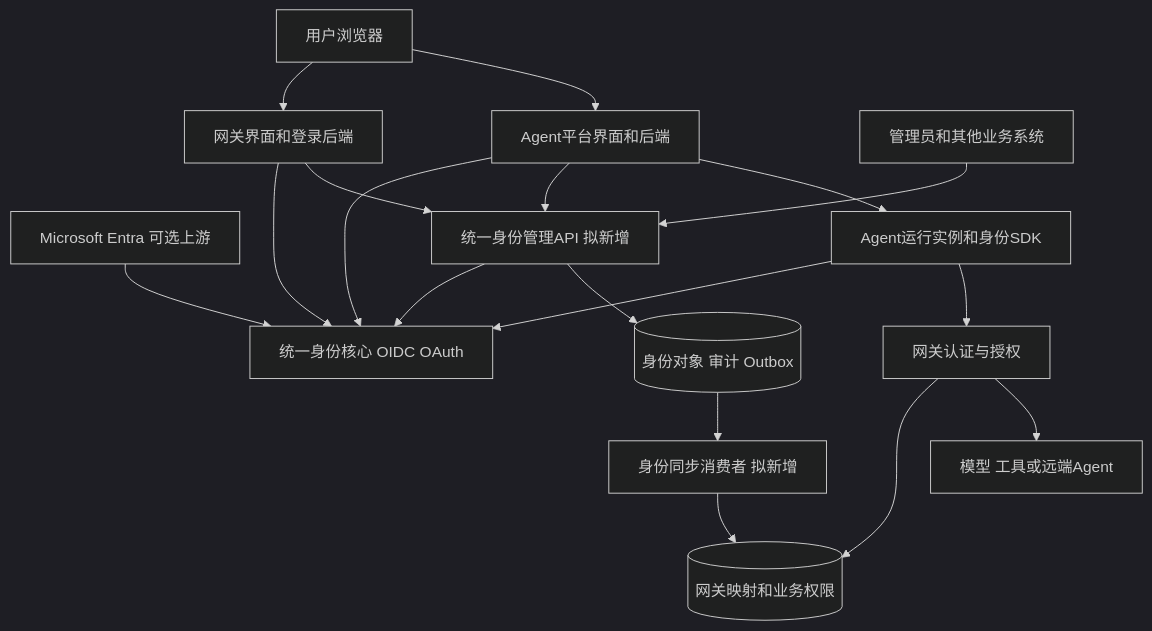
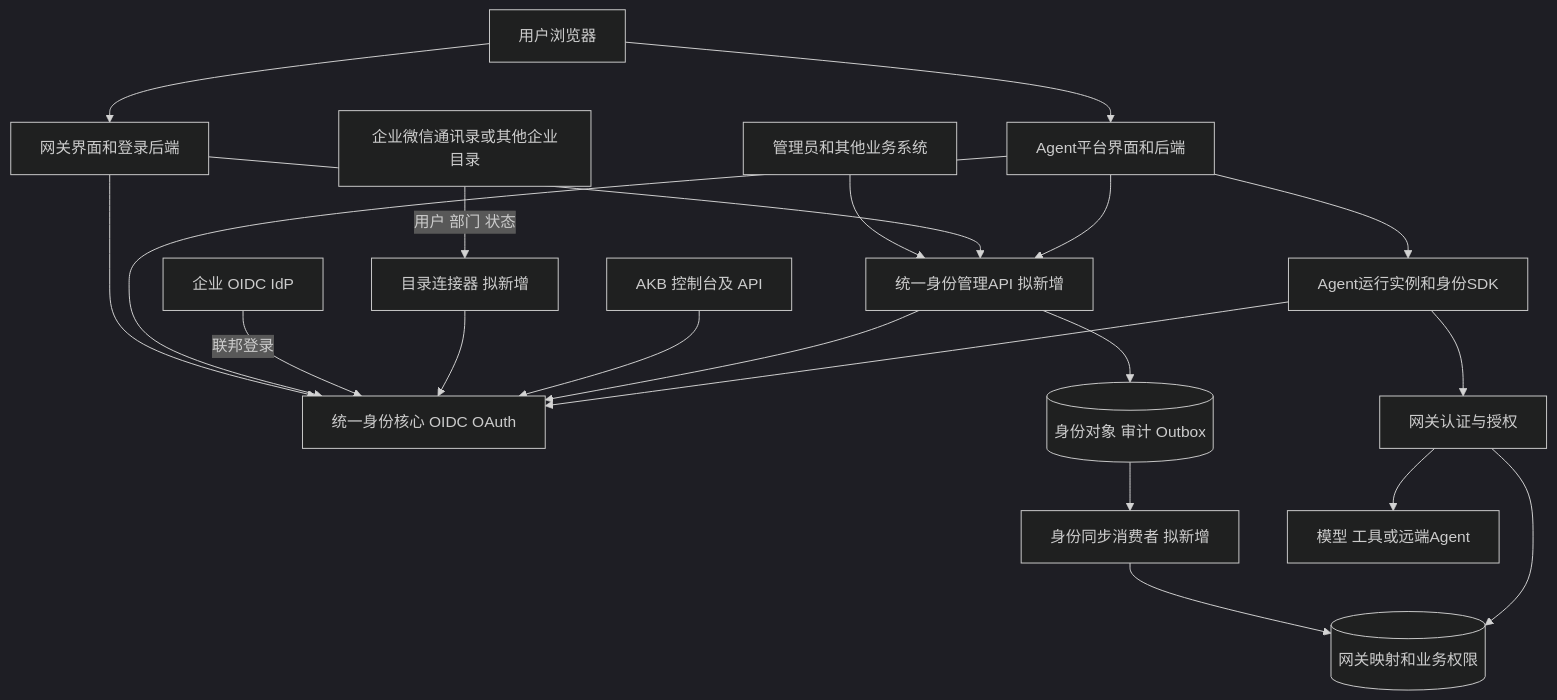
One commit to jhzhfree/litellm changed the first of 3 diagrams in identity-platform/SOLUTION.md. Above: the diagram before and after it, drawn with Mermaid (dark theme). The commit also changed other lines of this file and 10 other files, not shown here.

````diff
--- a/identity-platform/SOLUTION.md
+++ b/identity-platform/SOLUTION.md
@@ -35,20 +35,23 @@
 ```mermaid
 flowchart TB
     U[用户浏览器] --> GUI[网关界面和登录后端]
     U --> AP[Agent平台界面和后端]
     GUI --> IDP[统一身份核心 OIDC OAuth]
     AP --> IDP
-    ENTRA[Microsoft Entra 可选上游] --> IDP
+    UPSTREAM[企业 OIDC IdP] -->|联邦登录| IDP
+    DIRECTORY[企业微信通讯录或其他企业目录] -->|用户 部门 状态| SYNCIN[目录连接器 拟新增]
+    SYNCIN --> IDP
+    AKB[AKB 控制台及 API] --> IDP
     ADMIN[管理员和其他业务系统] --> IAM[统一身份管理API 拟新增]
     GUI --> IAM
     AP --> IAM
     IAM --> IDP
     IAM --> IDB[(身份对象 审计 Outbox)]
     IDB --> SYNC[身份同步消费者 拟新增]
     SYNC --> GDB[(网关映射和业务权限)]
     AP --> RUN[Agent运行实例和身份SDK]
     RUN --> IDP
     RUN --> AUTH[网关认证与授权]
     AUTH --> GDB
     AUTH --> TARGET[模型 工具或远端Agent]
 ```
````
